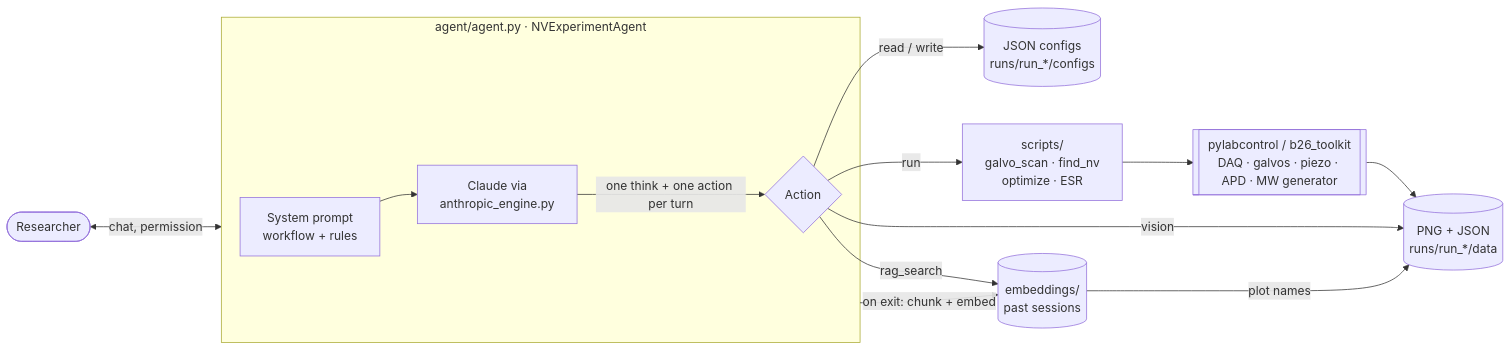
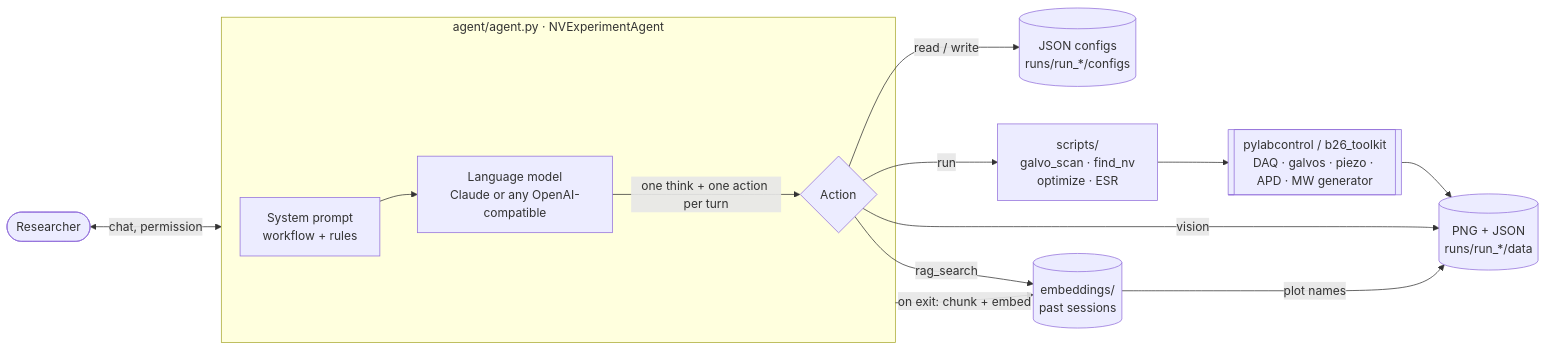
One commit to zechenzhangAGI/quantum-sensing-agent changed the diagram in README.md. Above: the diagram before and after it, drawn with Mermaid. The commit also changed other lines of this file and 15 other files, not shown here.

First line of the commit message:
Rewrite technical report as a system paper; add OpenAI-compatible engine adapter

````diff
--- a/README.md
+++ b/README.md
@@ -37,16 +37,16 @@
 ```mermaid
 flowchart LR
     U([Researcher]) <-->|chat, permission| A
     subgraph A[agent/agent.py · NVExperimentAgent]
         P[System prompt<br/>workflow + rules] --> L
-        L[Claude via<br/>anthropic_engine.py] -->|one think + one action per turn| X{Action}
+        L[Language model<br/>Claude or any OpenAI-compatible] -->|one think + one action per turn| X{Action}
     end
     X -->|read / write| C[(JSON configs<br/>runs/run_*/configs)]
     X -->|run| S[scripts/<br/>galvo_scan · find_nv<br/>optimize · ESR]
     S --> H[[pylabcontrol / b26_toolkit<br/>DAQ · galvos · piezo · APD · MW generator]]
     H --> D[(PNG + JSON<br/>runs/run_*/data)]
     X -->|vision| D
     X -->|rag_search| R[(embeddings/<br/>past sessions)]
     A -->|on exit: chunk + embed| R
     R -->|plot names| D
 ```
````
